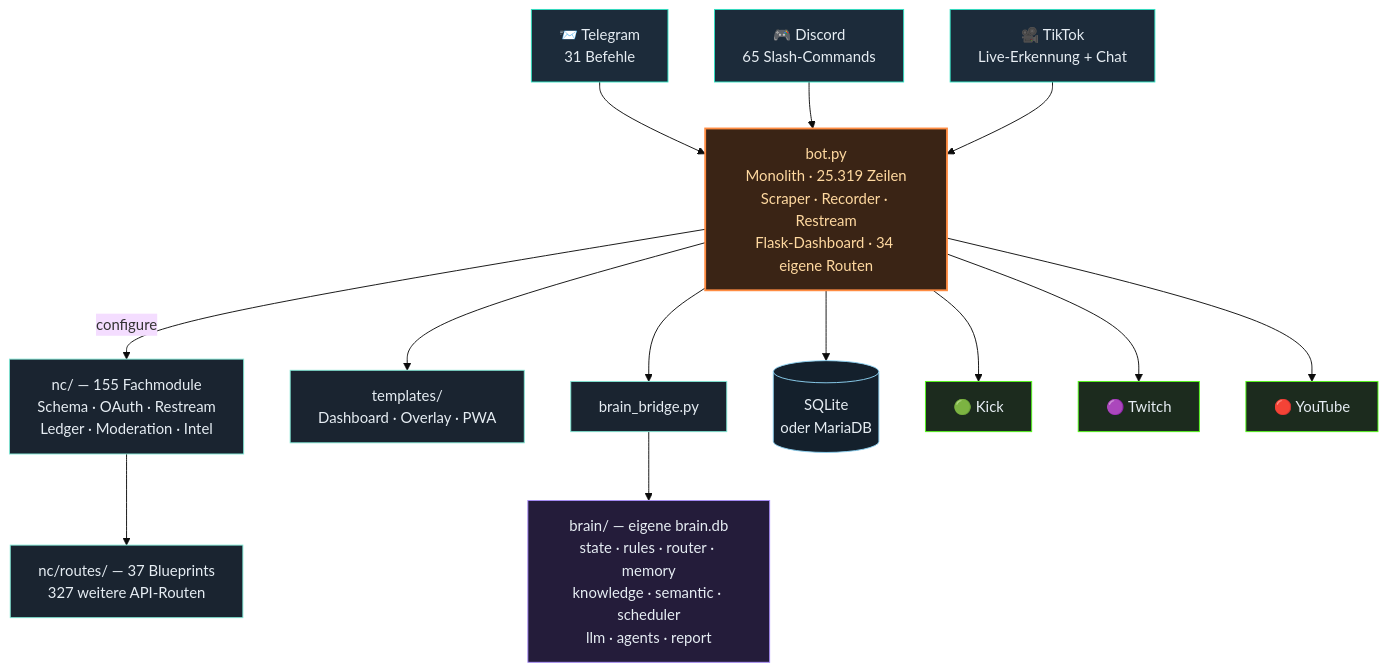
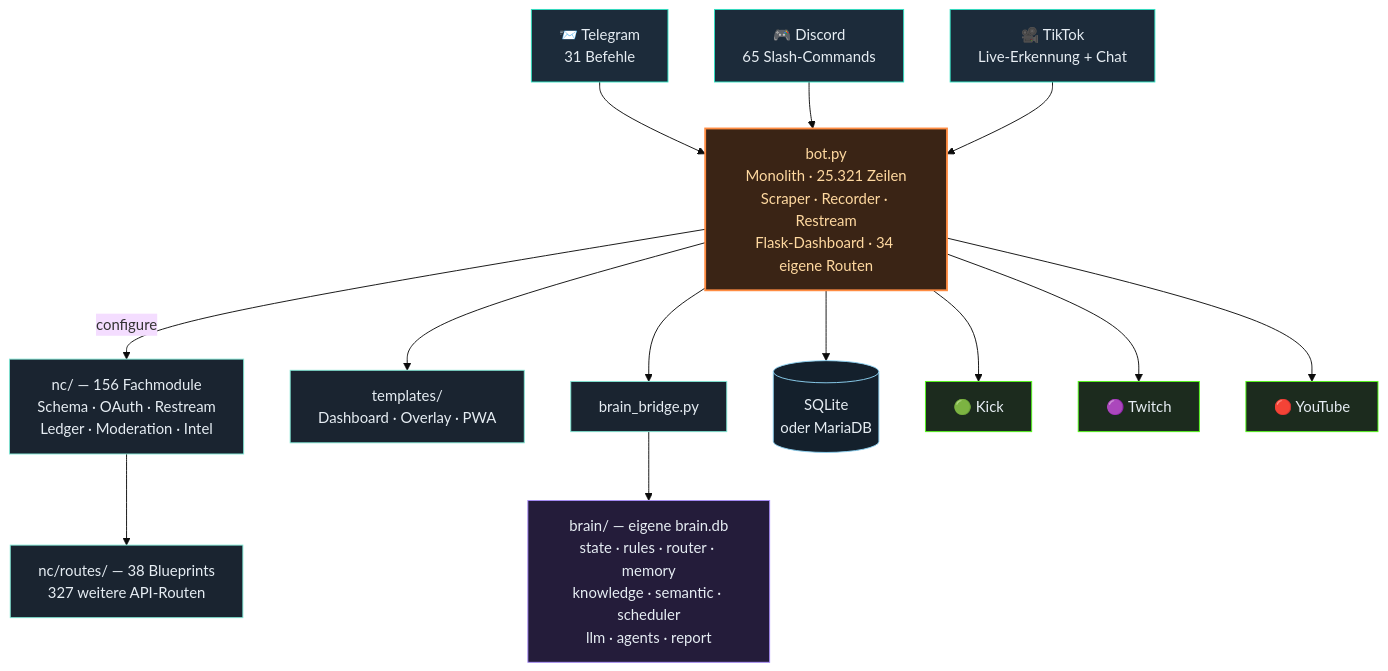
The third of 4 diagrams in README.md (itsamemedev/Telegram-Stream-Info-Bot), drawn with Mermaid (base theme) before and after one commit. The commit also changed other lines of this file and 11 other files, not shown here.

````diff
--- a/README.md
+++ b/README.md
@@ -189,30 +189,30 @@
 ```mermaid
 flowchart TB
     TG["📨 Telegram<br/>31 Befehle"]:::ein
     DC["🎮 Discord<br/>65 Slash-Commands"]:::ein
     TT["🎥 TikTok<br/>Live-Erkennung + Chat"]:::ein
 
     TG --> BOT
     DC --> BOT
     TT --> BOT
 
-    BOT["bot.py<br/>Monolith · 25.319 Zeilen<br/>Scraper · Recorder · Restream<br/>Flask-Dashboard · 34 eigene Routen"]:::core
+    BOT["bot.py<br/>Monolith · 25.321 Zeilen<br/>Scraper · Recorder · Restream<br/>Flask-Dashboard · 34 eigene Routen"]:::core
 
-    BOT -->|configure| NC["nc/ — 155 Fachmodule<br/>Schema · OAuth · Restream<br/>Ledger · Moderation · Intel"]:::lib
-    NC --> RT["nc/routes/ — 37 Blueprints<br/>327 weitere API-Routen"]:::lib
+    BOT -->|configure| NC["nc/ — 156 Fachmodule<br/>Schema · OAuth · Restream<br/>Ledger · Moderation · Intel"]:::lib
+    NC --> RT["nc/routes/ — 38 Blueprints<br/>327 weitere API-Routen"]:::lib
     BOT --> TPL["templates/<br/>Dashboard · Overlay · PWA"]:::lib
     BOT --> BR["brain_bridge.py"]:::lib
     BR --> BRAIN["brain/ — eigene brain.db<br/>state · rules · router · memory<br/>knowledge · semantic · scheduler<br/>llm · agents · report"]:::brain
     BOT --> DB[("SQLite<br/>oder MariaDB")]:::db
 
     BOT --> KICK["🟢 Kick"]:::out
     BOT --> TW["🟣 Twitch"]:::out
     BOT --> YT["🔴 YouTube"]:::out
 
     classDef ein fill:#1c2b3a,stroke:#2de1c2,color:#e6edf3
     classDef core fill:#3a2415,stroke:#ff8c42,stroke-width:2px,color:#ffd9a0
     classDef lib fill:#1a2430,stroke:#7fe7d4,color:#e6edf3
     classDef brain fill:#241c3a,stroke:#a78bfa,color:#e6edf3
     classDef db fill:#14202c,stroke:#8fd3f4,color:#e6edf3
     classDef out fill:#1c2b1e,stroke:#53fc18,color:#e6edf3
 ```
````
